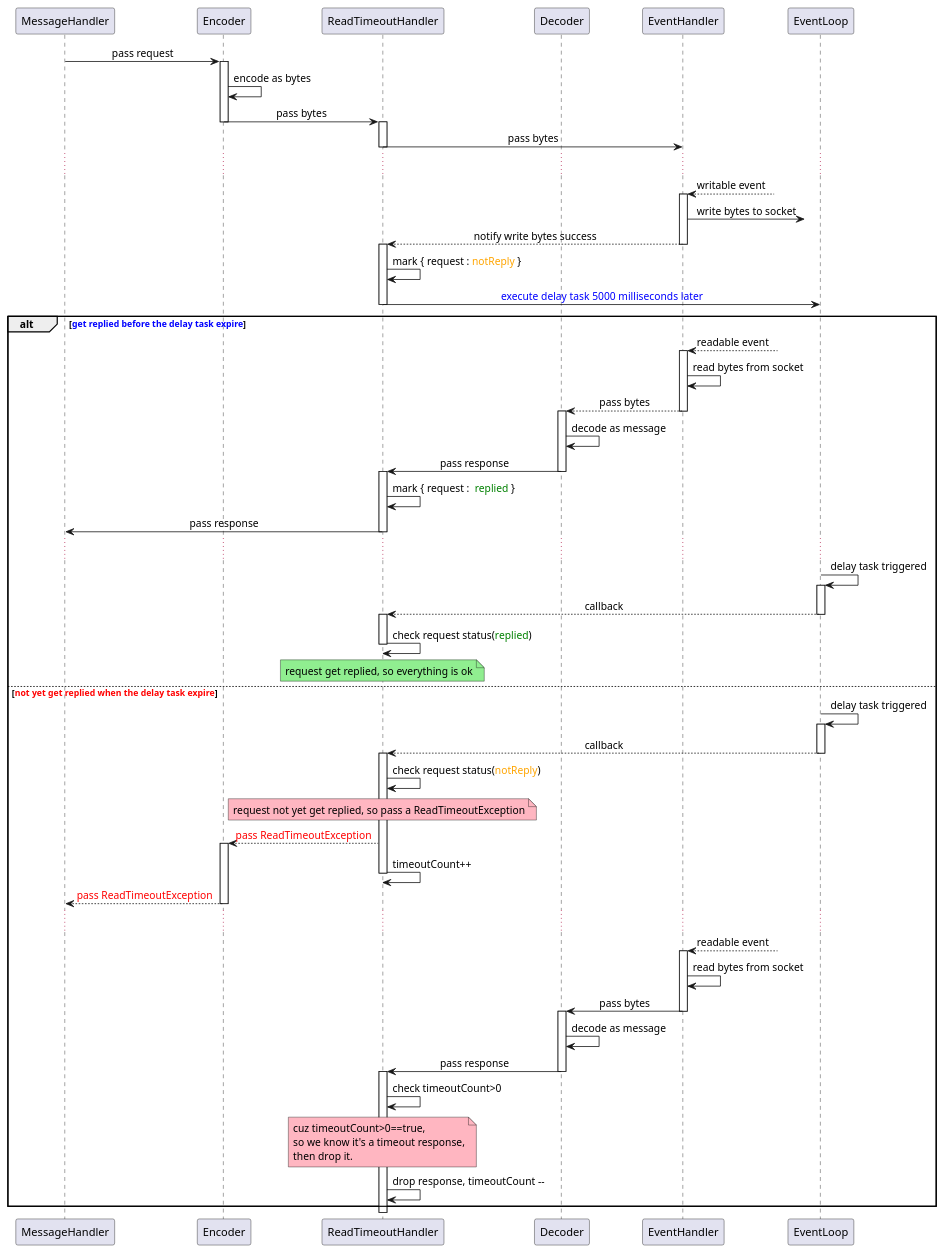
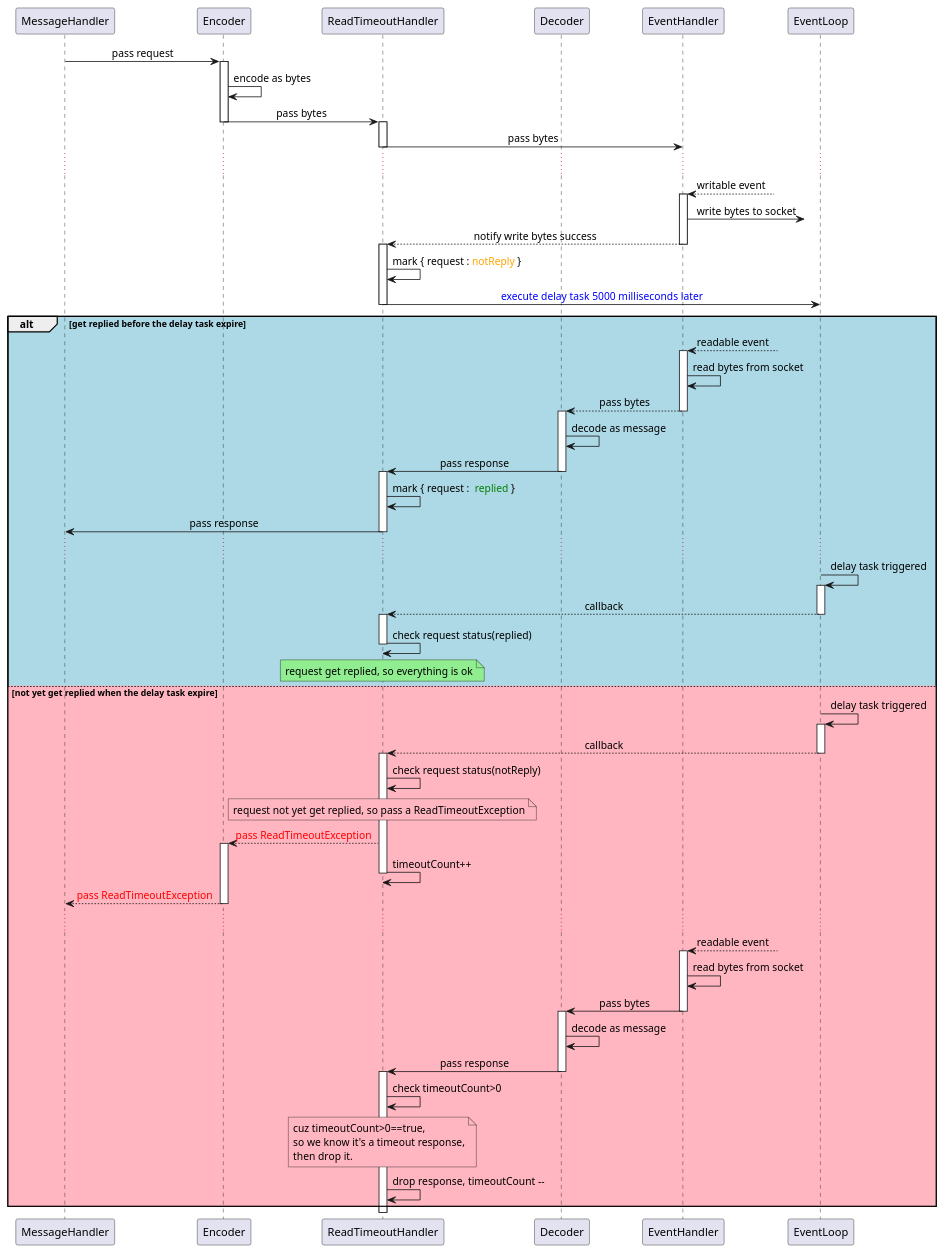
One commit to light0x00/lighty changed the diagram in doc/history-problems/Timeout-ReadTimeout.puml. Above: the diagram before and after it, drawn with PlantUML. The commit also changed 28 other files, not shown here.

```diff
--- a/doc/history-problems/Timeout-ReadTimeout.puml
+++ b/doc/history-problems/Timeout-ReadTimeout.puml
@@ -1,73 +1,73 @@
 @startuml Timeout-ReadTimeout
 skinparam sequenceMessageAlign center
 
 participant 0 as "MessageHandler"
 participant 1 as "Encoder"
 participant 2 as "ReadTimeoutHandler"
 participant 5 as "Decoder"
 participant 3 as "EventHandler"
 participant 4 as "EventLoop"
 
 ' 发出请求
 
 0->1++: pass request
 1->1: encode as bytes
 1->2--++: pass bytes
 2->3--: pass bytes
 ...
 3<--?++: writable event
 3->?: write bytes to socket
 3-->2--++: notify write bytes success
 2->2: mark { request : <font color=orange>notReply</font> }   
 
 2->4--: <font color=blue>execute delay task 5000 milliseconds later
 
 
 ' 分支1, 超时前到来响应
-alt <font color=blue>get replied before the delay task expire</font>
+alt #LightBlue get replied before the delay task expire
 
 3<--?++ : readable event
 3->3: read bytes from socket 
 3-->5--++ : pass bytes
 5->5: decode as message 
 5->2--++: pass response 
 2->2: mark { request : <font color=green> replied</font> }
 2->0-- : pass response 
 ...
 
 ' 延迟任务触发
 4->4++: delay task triggered
 4-->2--++: callback
-2->2--: check request status(<font color=green>replied</font>)
+2->2--: check request status(replied)
 note over 2 #LightGreen: request get replied, so everything is ok
 
 ' else 分支, 超时后到来的响应
-else <font color=red>not yet get replied when the delay task expire</font>
+else #LightPink not yet get replied when the delay task expire
 
 4->4++: delay task triggered
 4-->2--++: callback
-2->2: check request status(<font color=orange>notReply</font>)
+2->2: check request status(notReply)
 note over 2 #LightPink: request not yet get replied, so pass a ReadTimeoutException
 2-->1++: <font color=red>pass ReadTimeoutException
 2->2--: timeoutCount++
 1-->0--: <font color=red>pass ReadTimeoutException
 
 ...
 
 ' 迟到的消息到来
 3<--?++ : readable event
 3->3: read bytes from socket 
 3->5--++ : pass bytes
 5->5: decode as message 
 5->2--++: pass response 
 2->2: check timeoutCount>0
 note over 2#LightPink 
 cuz timeoutCount>0==true, 
 so we know it's a timeout response,
 then drop it. 
 end note
 2->2: drop response, timeoutCount -- 
 
 end
 
 @enduml
```
